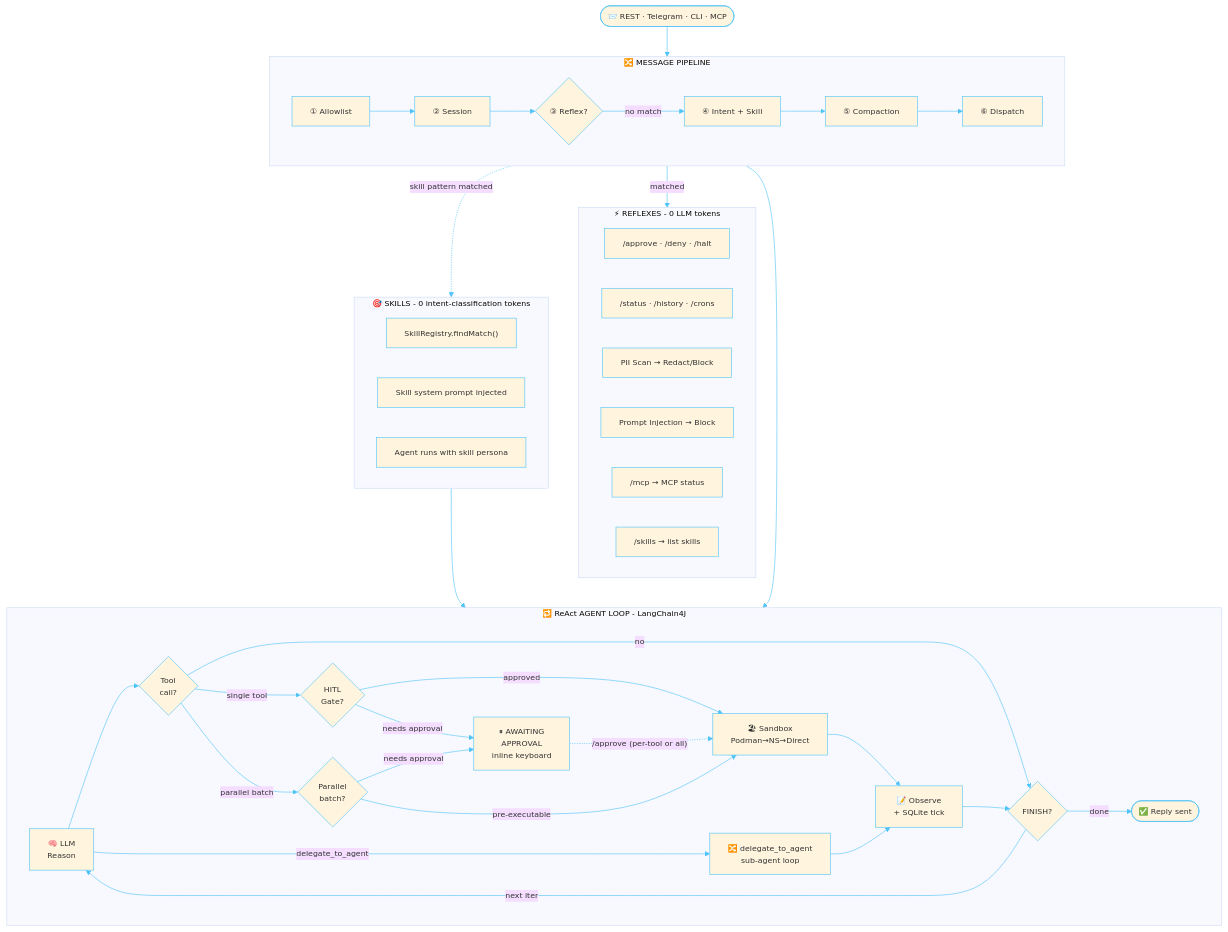
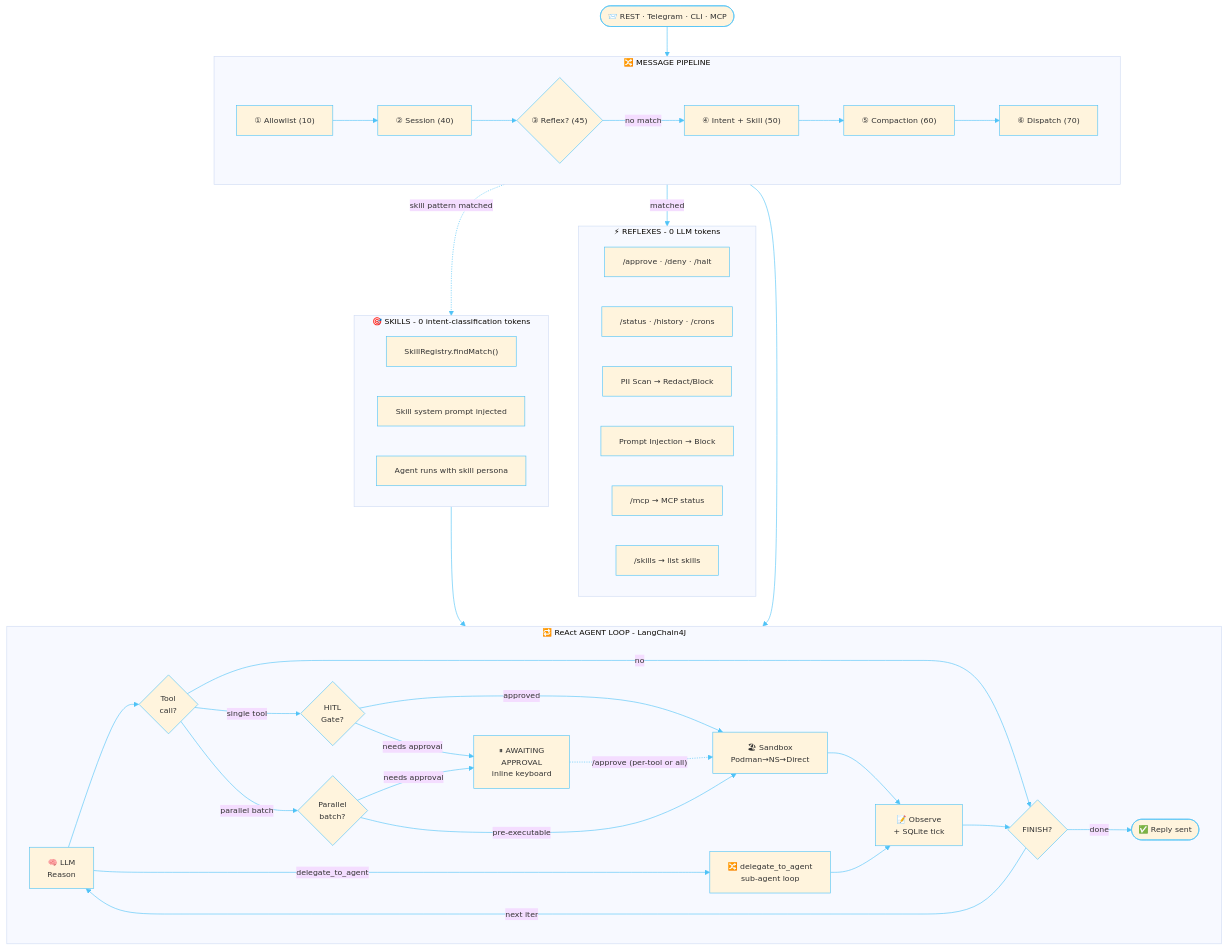
Before and after one commit to rsrini7/AmshaAgent: the first of 8 diagrams in README.md, drawn with Mermaid. The commit also changed other lines of this file, not shown here.

````diff
--- a/README.md
+++ b/README.md
@@ -79,70 +83,70 @@
 ```mermaid
 %%{init: {'theme': 'base', 'themeVariables': {'primaryBorderColor': '#4fc3f7', 'lineColor': '#4fc3f7', 'activationBorderColor': '#4fc3f7', 'actorBorder': '#4fc3f7', 'actorLineColor': '#4fc3f7','labelBoxBorderColor': '#0b0c0cff', 'noteBorderColor': '#81c784', 'fontSize': '13px'}}}%%
 flowchart TD
 
     IN(["📨 REST · Telegram · CLI · MCP"]):::entry
 
     subgraph PIPELINE["🔀 MESSAGE PIPELINE"]
         direction LR
-        P1["① Allowlist"]:::handler
-        P2["② Session"]:::handler
-        P3{"③ Reflex?"}:::decision
-        P4["④ Intent + Skill"]:::handler
-        P5["⑤ Compaction"]:::handler
-        P6["⑥ Dispatch"]:::handler
+        P1["① Allowlist (10)"]:::handler
+        P2["② Session (40)"]:::handler
+        P3{"③ Reflex? (45)"}:::decision
+        P4["④ Intent + Skill (50)"]:::handler
+        P5["⑤ Compaction (60)"]:::handler
+        P6["⑥ Dispatch (70)"]:::handler
     end
 
     subgraph REFLEXES["⚡ REFLEXES - 0 LLM tokens"]
         direction LR
         R1["/approve · /deny · /halt"]:::reflexOut
         R2["/status · /history · /crons"]:::reflexOut
         R3["PII Scan → Redact/Block"]:::reflexOut
         R4["Prompt Injection → Block"]:::reflexOut
         R5["/mcp → MCP status"]:::reflexOut
         R6["/skills → list skills"]:::reflexOut
     end
 
     subgraph SKILLS["🎯 SKILLS - 0 intent-classification tokens"]
         direction LR
         S1["SkillRegistry.findMatch()"]:::skillOut
         S2["Skill system prompt injected"]:::skillOut
         S3["Agent runs with skill persona"]:::skillOut
     end
 
     subgraph REACT["🔁 ReAct AGENT LOOP - LangChain4J"]
         direction LR
         L1["🧠 LLM<br/>Reason"]:::loop
         L2{"Tool<br/>call?"}:::decision
         L2P{"Parallel<br/>batch?"}:::decision
         L3{"HITL<br/>Gate?"}:::decision
         L4["⏸ AWAITING<br/>APPROVAL<br/>inline keyboard"]:::approval
         L5["🏖 Sandbox<br/>Podman→NS→Direct"]:::sandbox
         L6["📝 Observe<br/>+ SQLite tick"]:::loop
         L7{"FINISH?"}:::decision
         L8(["✅ Reply sent"]):::result
         LD["🔀 delegate_to_agent<br/>sub-agent loop"]:::loop
     end
 
     IN --> PIPELINE
     P1 --> P2 --> P3
     P3 -->|"matched"| REFLEXES
     P3 -->|"no match"| P4 --> P5 --> P6
 
     P4 -.->|"skill pattern matched"| SKILLS
     SKILLS --> REACT
     P6 --> REACT
     L1 --> L2
     L2 -->|"no"| L7
     L2 -->|"single tool"| L3
     L2 -->|"parallel batch"| L2P
     L2P -->|"needs approval"| L4
     L2P -->|"pre-executable"| L5
     L3 -->|"approved"| L5
     L3 -->|"needs approval"| L4
     L4 -.->|"/approve (per-tool or all)"| L5
     L5 --> L6 --> L7
     L7 -->|"next iter"| L1
     L7 -->|"done"| L8
     L1 -->|"delegate_to_agent"| LD
     LD --> L6
 ```
````
